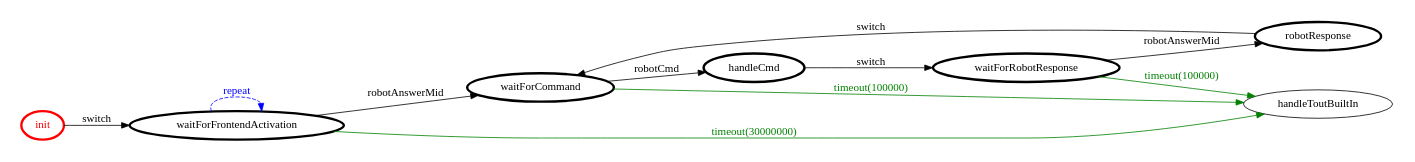
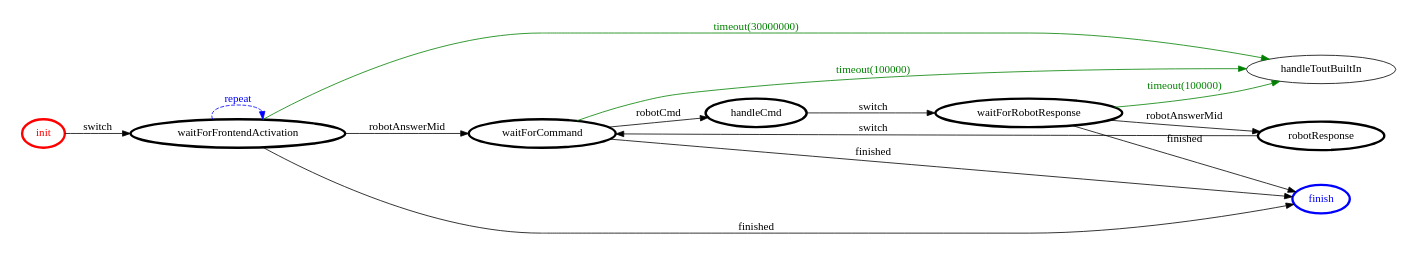
One commit to Davide-DD/cleaning-robot changed the diagram in Progettazione/EclipseProjects/it.unibo.iss.temaFinaleReqOpz/srcMore/it/unibo/qasoffrittirobot/qasoffrittirobot.gv. Above: the diagram before and after it, drawn with Graphviz. The commit also changed 28 other files, not shown here.

```diff
--- a/Progettazione/EclipseProjects/it.unibo.iss.temaFinaleReqOpz/srcMore/it/unibo/qasoffrittirobot/qasoffrittirobot.gv
+++ b/Progettazione/EclipseProjects/it.unibo.iss.temaFinaleReqOpz/srcMore/it/unibo/qasoffrittirobot/qasoffrittirobot.gv
@@ -1,29 +1,33 @@
 /*
 *
 * A GraphViz DOT FSM description 
 * Please use a GraphViz visualizer (like http://www.webgraphviz.com)
 *  
 */
 
 digraph finite_state_machine {
 	rankdir=LR
 	size="8,5"
 	
 	init [ color = red ][ fontcolor = red ][ penwidth = 3 ]
 	handleCmd [ color = black ][ fontcolor = black ][ penwidth = 3 ]
 	waitForCommand [ color = black ][ fontcolor = black ][ penwidth = 3 ]
 	robotResponse [ color = black ][ fontcolor = black ][ penwidth = 3 ]
 	waitForFrontendActivation [ color = black ][ fontcolor = black ][ penwidth = 3 ]
 	waitForRobotResponse [ color = black ][ fontcolor = black ][ penwidth = 3 ]
+	finish [ color = blue ][ fontcolor = blue ][ penwidth = 3 ]
 	
 	init -> waitForFrontendActivation [ label = "switch" ][ color = black ][ fontcolor = black ]
+	waitForCommand -> finish [ label = "finished" ][ color = black ][ fontcolor = black ]
 	waitForRobotResponse -> robotResponse [ label = "robotAnswerMid" ][ color = black ][ fontcolor = black ]
+	robotResponse -> waitForCommand [ label = "switch" ][ color = black ][ fontcolor = black ]
+	waitForCommand -> handleToutBuiltIn [ label = "timeout(100000)" ][ color = green ][ fontcolor = green ]
+	waitForCommand -> handleCmd [ label = "robotCmd" ][ color = black ][ fontcolor = black ]
+	waitForRobotResponse -> finish [ label = "finished" ][ color = black ][ fontcolor = black ]
 	waitForRobotResponse -> handleToutBuiltIn [ label = "timeout(100000)" ][ color = green ][ fontcolor = green ]
-	robotResponse -> waitForCommand [ label = "switch" ][ color = black ][ fontcolor = black ]
 	waitForFrontendActivation -> handleToutBuiltIn [ label = "timeout(30000000)" ][ color = green ][ fontcolor = green ]
+	waitForFrontendActivation -> finish [ label = "finished" ][ color = black ][ fontcolor = black ]
 	handleCmd -> waitForRobotResponse [ label = "switch" ][ color = black ][ fontcolor = black ]
 	waitForFrontendActivation -> waitForFrontendActivation [ label = "repeat "][ style = dashed ][ color = blue ][ fontcolor = blue ]
 	waitForFrontendActivation -> waitForCommand [ label = "robotAnswerMid" ][ color = black ][ fontcolor = black ]
-	waitForCommand -> handleToutBuiltIn [ label = "timeout(100000)" ][ color = green ][ fontcolor = green ]
-	waitForCommand -> handleCmd [ label = "robotCmd" ][ color = black ][ fontcolor = black ]
 }
```
